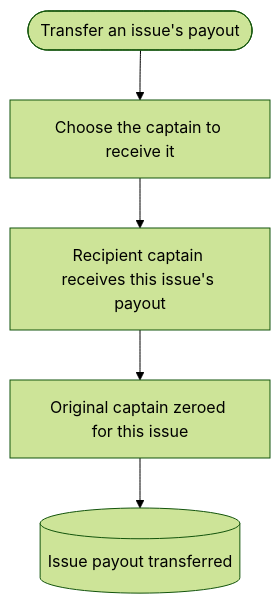
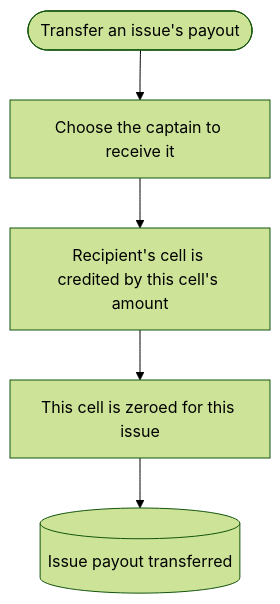
Before and after one commit to uwblueprint/beach-metro: the tenth of 12 diagrams in docs/flows/finances_flow.md, drawn with Mermaid (forest theme). The commit also changed other lines of this file and 3 other files, not shown here.

````diff
--- a/docs/flows/finances_flow.md
+++ b/docs/flows/finances_flow.md
@@ -157,7 +190,7 @@
 ```mermaid
 flowchart TD
     Start([Transfer an issue's payout]) --> Choose[Choose the captain to receive it]
-    Choose --> Redirect[Recipient captain receives this issue's payout]
-    Redirect --> ZeroOriginal[Original captain zeroed for this issue]
+    Choose --> Credit[Recipient's cell is credited by this cell's amount]
+    Credit --> ZeroOriginal[This cell is zeroed for this issue]
     ZeroOriginal --> Done[(Issue payout transferred)]
 ```
````
